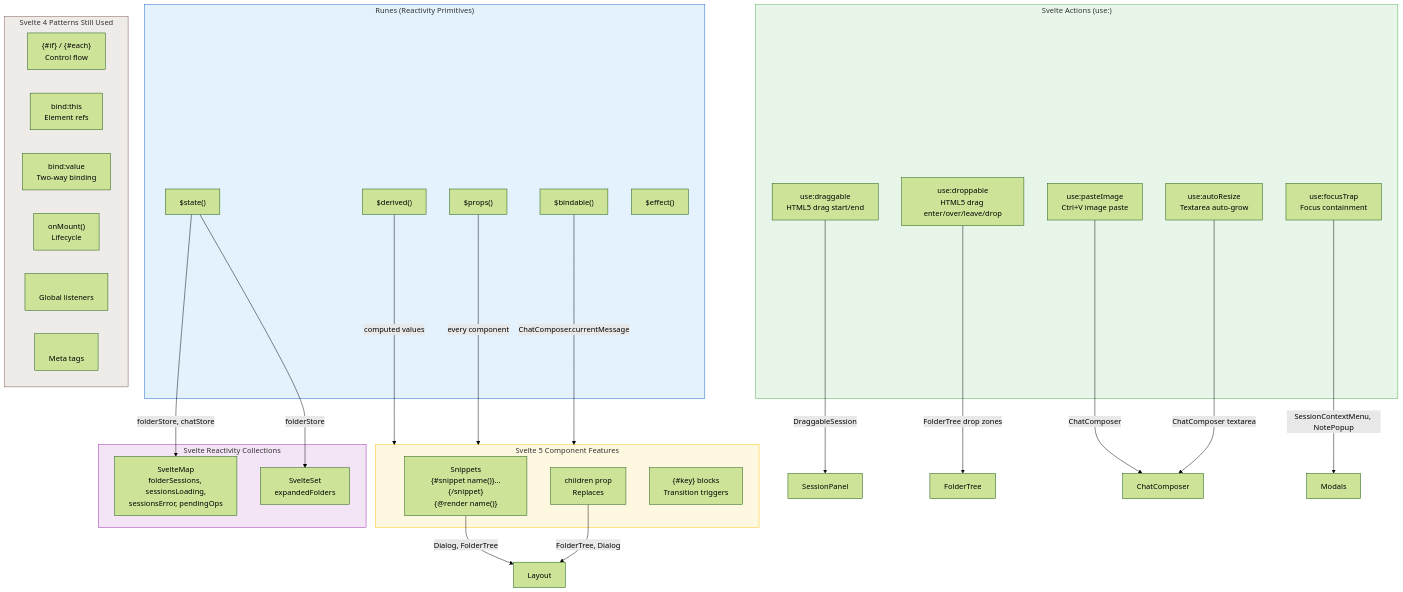
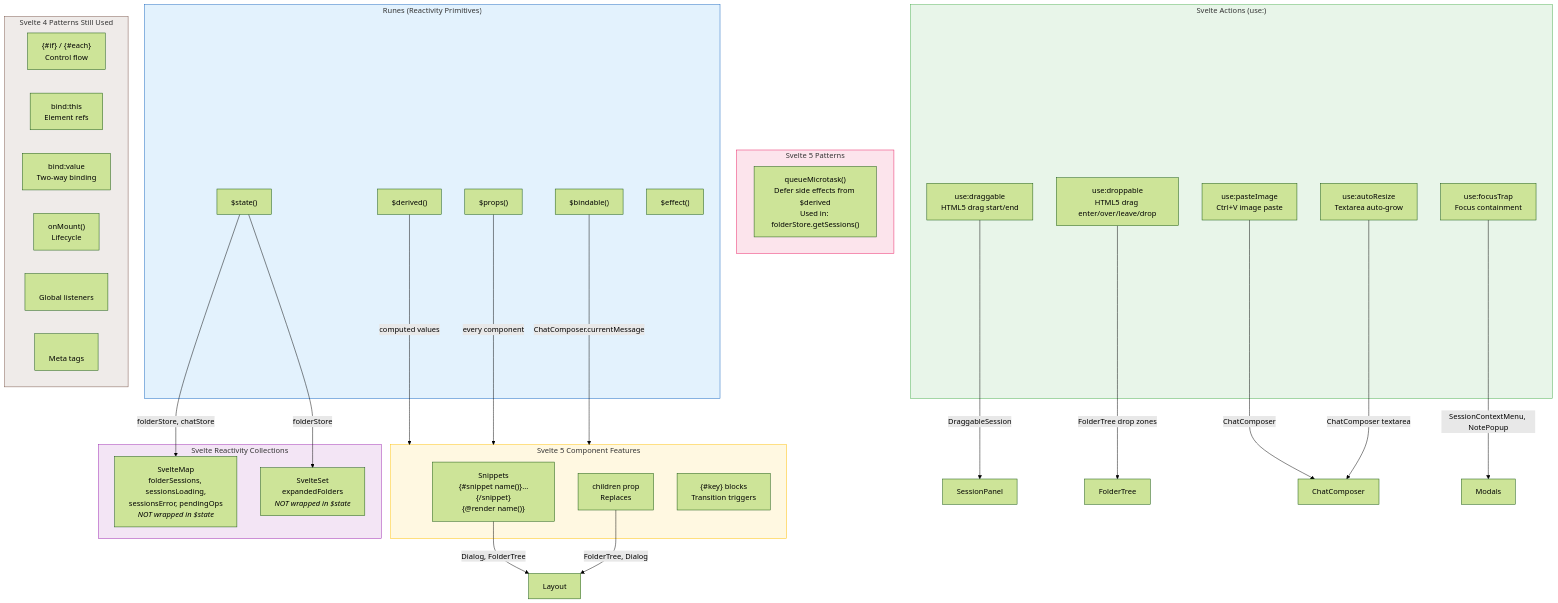
The sixth of 12 diagrams in kitchen-agent/docs/specs/frontend-diagrams.md (m1981/kuchnie), drawn with Mermaid (forest theme) before and after one commit. The commit also changed other lines of this file, not shown here.

````diff
--- a/kitchen-agent/docs/specs/frontend-diagrams.md
+++ b/kitchen-agent/docs/specs/frontend-diagrams.md
@@ -393,59 +393,64 @@
 ```mermaid
 graph TB
     subgraph Runes["Runes (Reactivity Primitives)"]
         State["$state()"]
         Derived["$derived()"]
         Props["$props()"]
         Bindable["$bindable()"]
         Effect["$effect()"]
     end
 
     subgraph Reactivity["Svelte Reactivity Collections"]
-        SvelteMap["SvelteMap<br/>folderSessions, sessionsLoading,<br/>sessionsError, pendingOps"]
-        SvelteSet["SvelteSet<br/>expandedFolders"]
+        SvelteMap["SvelteMap<br/>folderSessions, sessionsLoading,<br/>sessionsError, pendingOps<br/><i>NOT wrapped in $state</i>"]
+        SvelteSet["SvelteSet<br/>expandedFolders<br/><i>NOT wrapped in $state</i>"]
+    end
+
+    subgraph Patterns["Svelte 5 Patterns"]
+        QueueMicrotask["queueMicrotask()<br/>Defer side effects from $derived<br/>Used in: folderStore.getSessions()"]
     end
 
     subgraph Actions["Svelte Actions (use:)"]
         Draggable["use:draggable<br/>HTML5 drag start/end"]
         Droppable["use:droppable<br/>HTML5 drag enter/over/leave/drop"]
         PasteImage["use:pasteImage<br/>Ctrl+V image paste"]
         AutoResize["use:autoResize<br/>Textarea auto-grow"]
         FocusTrap["use:focusTrap<br/>Focus containment"]
     end
 
     subgraph Components["Svelte 5 Component Features"]
         Snippets["Snippets<br/>{#snippet name()}...{/snippet}<br/>{@render name()}"]
         Children["children prop<br/>Replaces <slot>"]
         TransitionBlock["{#key} blocks<br/>Transition triggers"]
     end
 
     subgraph Legacy["Svelte 4 Patterns Still Used"]
         IfEach["{#if} / {#each}<br/>Control flow"]
         BindThis["bind:this<br/>Element refs"]
         BindValue["bind:value<br/>Two-way binding"]
         OnMount["onMount()<br/>Lifecycle"]
         SvelteWindow["<svelte:window><br/>Global listeners"]
         SvelteHead["<svelte:head><br/>Meta tags"]
     end
 
     State -->|"folderStore, chatStore"| SvelteMap
     State -->|"folderStore"| SvelteSet
     Derived -->|"computed values"| Components
     Props -->|"every component"| Components
     Bindable -->|"ChatComposer.currentMessage"| Components
 
     Draggable -->|"DraggableSession"| SessionPanel["SessionPanel"]
     Droppable -->|"FolderTree drop zones"| FolderTree["FolderTree"]
     PasteImage -->|"ChatComposer"| Composer["ChatComposer"]
     AutoResize -->|"ChatComposer textarea"| Composer
     FocusTrap -->|"SessionContextMenu, NotePopup"| Modals["Modals"]
 
     Snippets -->|"Dialog, FolderTree"| Layout["Layout"]
     Children -->|"FolderTree, Dialog"| Layout
 
     style Runes fill:#e3f2fd,stroke:#1565C0
     style Reactivity fill:#f3e5f5,stroke:#9C27B0
     style Actions fill:#e8f5e9,stroke:#4CAF50
     style Components fill:#fff8e1,stroke:#FFC107
     style Legacy fill:#efebe9,stroke:#795548
+    style Patterns fill:#fce4ec,stroke:#E91E63
 ```
````
